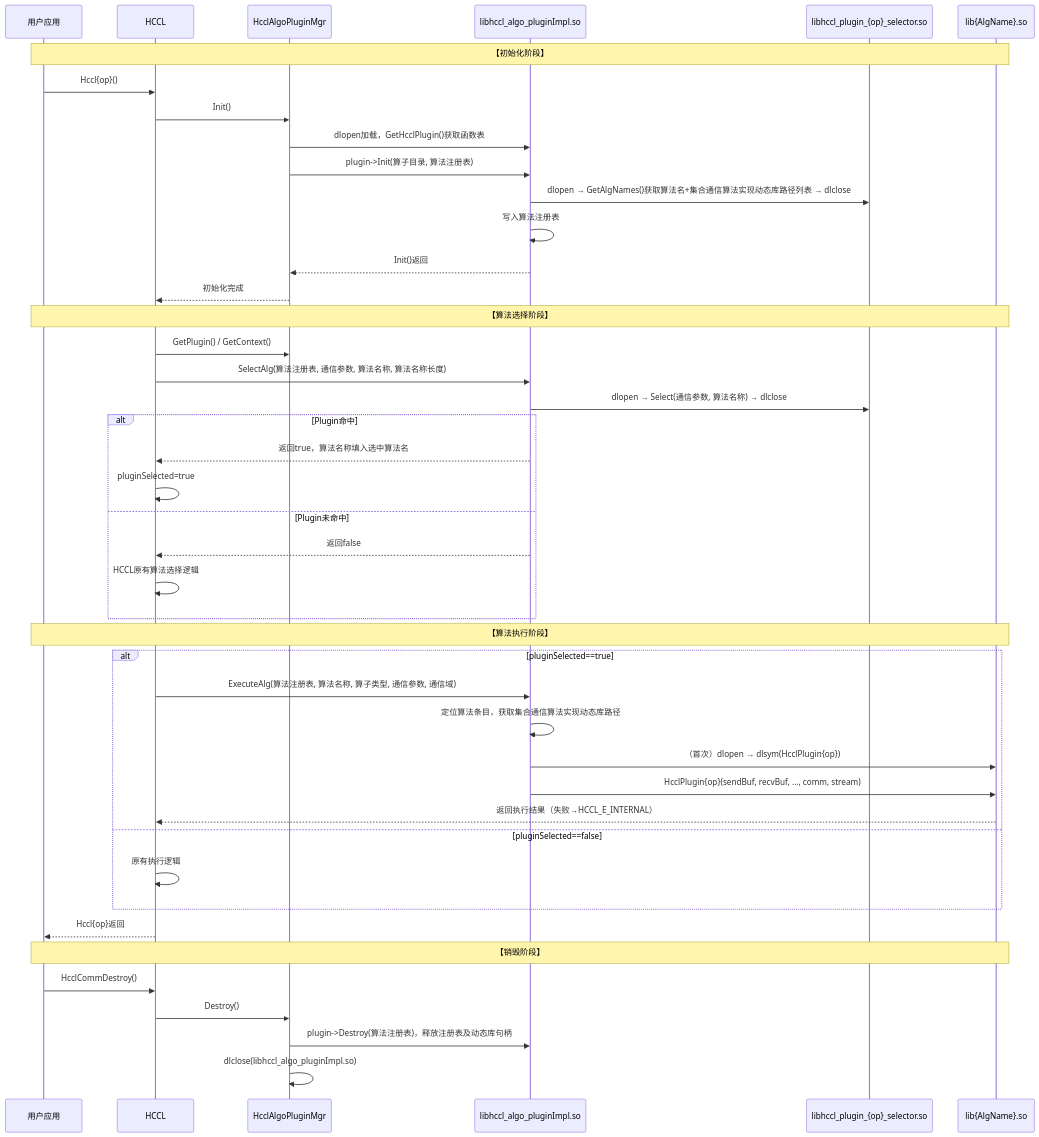
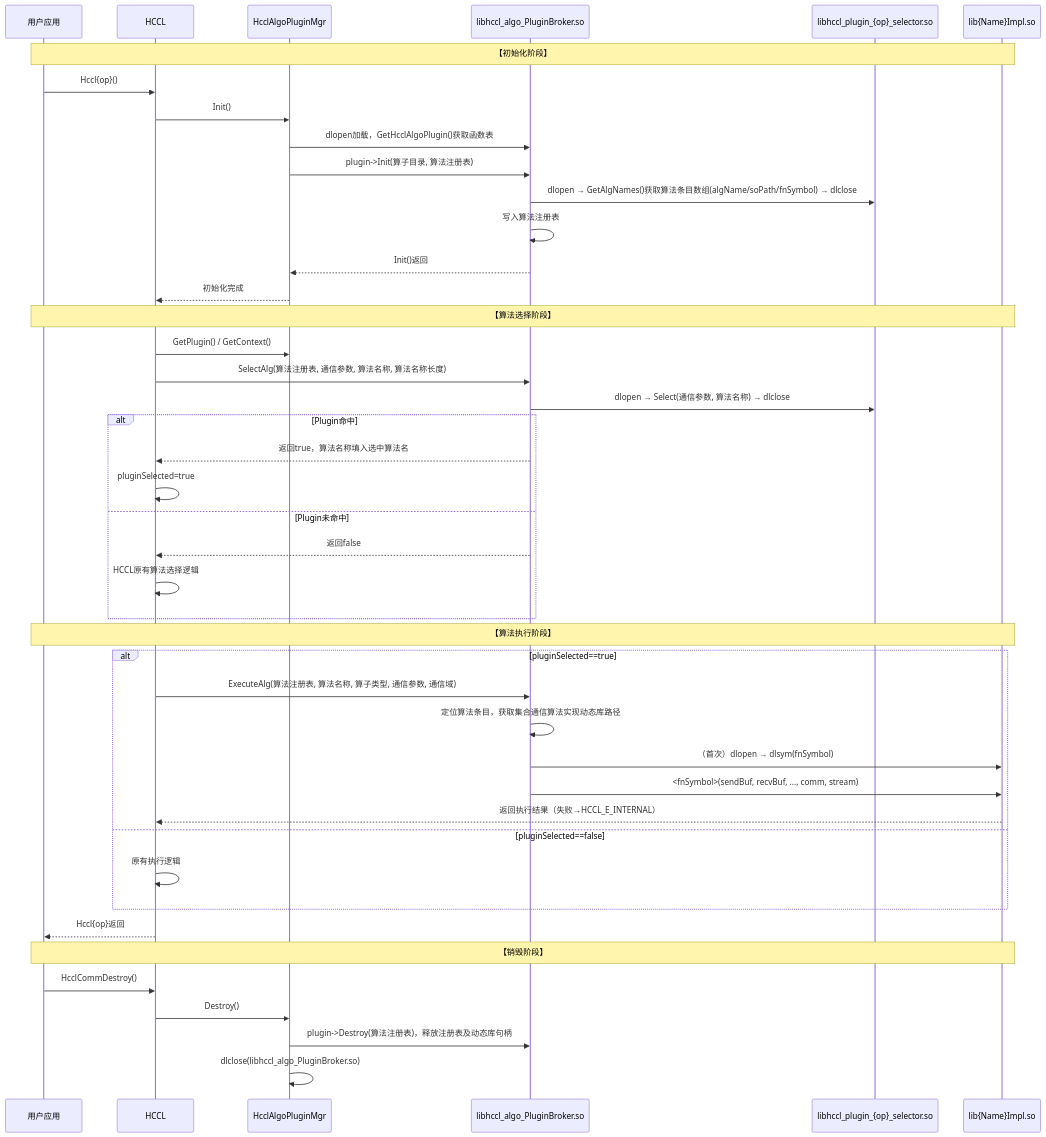
The diagram in docs/zh/rfcs/0001-HCCL-ALGO-Plugin.md (10wvw01/hccl), drawn with Mermaid before and after one commit. The commit also changed other lines of this file, not shown here.

Commit message:
update: 更新文件 0001-HCCL-ALGO-Plugin.md

````diff
--- a/docs/zh/rfcs/0001-HCCL-ALGO-Plugin.md
+++ b/docs/zh/rfcs/0001-HCCL-ALGO-Plugin.md
@@ -162,49 +166,49 @@
 ```mermaid
 sequenceDiagram
     participant App as 用户应用
     participant HCCL as HCCL
     participant Mgr as HcclAlgoPluginMgr
-    participant Plugin as libhccl_algo_pluginImpl.so
+    participant Plugin as libhccl_algo_PluginBroker.so
     participant Selector as libhccl_plugin_{op}_selector.so
-    participant AlgLib as lib{AlgName}.so
+    participant AlgLib as lib{Name}Impl.so
 
     Note over App,AlgLib: 【初始化阶段】
     App->>HCCL: Hccl{op}()
     HCCL->>Mgr: Init()
-    Mgr->>Plugin: dlopen加载，GetHcclPlugin()获取函数表
+    Mgr->>Plugin: dlopen加载，GetHcclAlgoPlugin()获取函数表
     Mgr->>Plugin: plugin->Init(算子目录, 算法注册表)
-    Plugin->>Selector: dlopen → GetAlgNames()获取算法名+集合通信算法实现动态库路径列表 → dlclose
+    Plugin->>Selector: dlopen → GetAlgNames()获取算法条目数组(algName/soPath/fnSymbol) → dlclose
     Plugin->>Plugin: 写入算法注册表
     Plugin-->>Mgr: Init()返回
     Mgr-->>HCCL: 初始化完成
 
     Note over App,AlgLib: 【算法选择阶段】
     HCCL->>Mgr: GetPlugin() / GetContext()
     HCCL->>Plugin: SelectAlg(算法注册表, 通信参数, 算法名称, 算法名称长度)
     Plugin->>Selector: dlopen → Select(通信参数, 算法名称) → dlclose
     alt Plugin命中
         Plugin-->>HCCL: 返回true，算法名称填入选中算法名
         HCCL->>HCCL: pluginSelected=true
     else Plugin未命中
         Plugin-->>HCCL: 返回false
         HCCL->>HCCL: HCCL原有算法选择逻辑
     end
 
     Note over App,AlgLib: 【算法执行阶段】
     alt pluginSelected==true
         HCCL->>Plugin: ExecuteAlg(算法注册表, 算法名称, 算子类型, 通信参数, 通信域)
         Plugin->>Plugin: 定位算法条目，获取集合通信算法实现动态库路径
-        Plugin->>AlgLib: （首次）dlopen → dlsym(HcclPlugin{op})
-        Plugin->>AlgLib: HcclPlugin{op}(sendBuf, recvBuf, ..., comm, stream)
+        Plugin->>AlgLib: （首次）dlopen → dlsym(fnSymbol)
+        Plugin->>AlgLib: <fnSymbol>(sendBuf, recvBuf, ..., comm, stream)
         AlgLib-->>HCCL: 返回执行结果（失败→HCCL_E_INTERNAL）
     else pluginSelected==false
         HCCL->>HCCL: 原有执行逻辑
     end
     HCCL-->>App: Hccl{op}返回
 
     Note over App,AlgLib: 【销毁阶段】
     App->>HCCL: HcclCommDestroy()
     HCCL->>Mgr: Destroy()
     Mgr->>Plugin: plugin->Destroy(算法注册表)，释放注册表及动态库句柄
-    Mgr->>Mgr: dlclose(libhccl_algo_pluginImpl.so)
+    Mgr->>Mgr: dlclose(libhccl_algo_PluginBroker.so)
 ```
````
